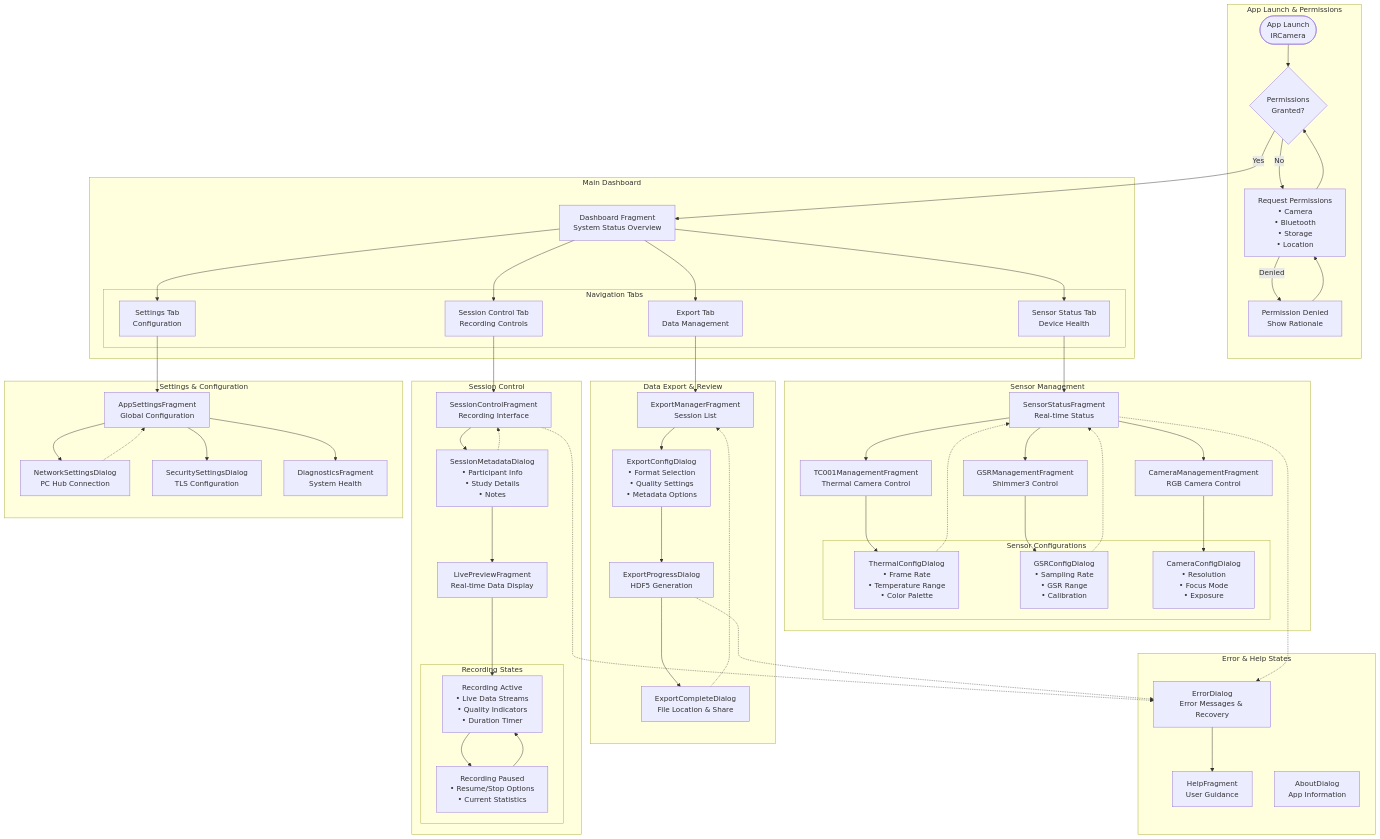
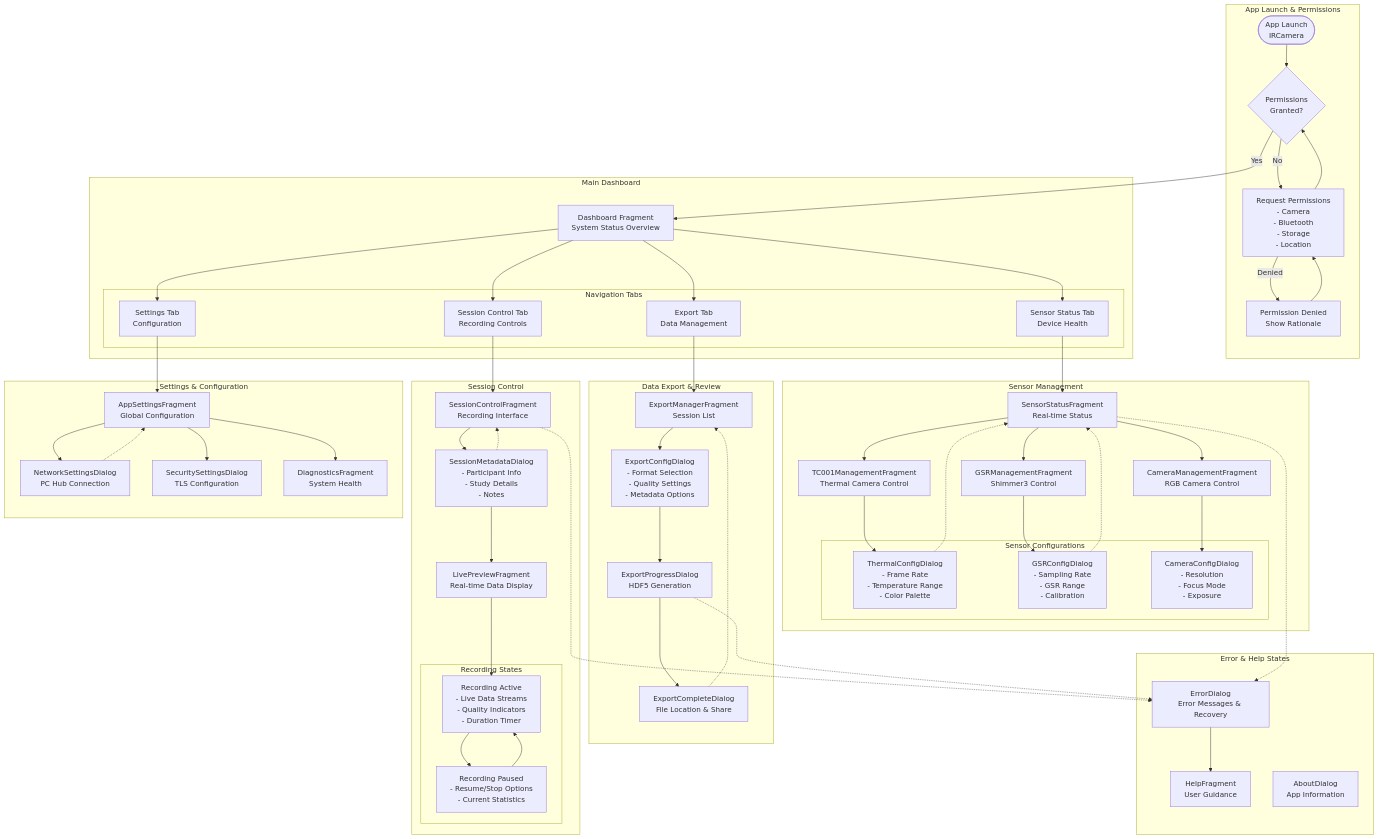
Diagram 18 of 23 in docs/COMPREHENSIVE_ARCHITECTURE_DIAGRAMS.md (uclgsr/IRCamera), drawn with Mermaid before and after one commit. The commit also changed other lines of this file and 1 other file, not shown here.

```diff
--- a/docs/COMPREHENSIVE_ARCHITECTURE_DIAGRAMS.md
+++ b/docs/COMPREHENSIVE_ARCHITECTURE_DIAGRAMS.md
@@ -1880,7 +1880,7 @@
     subgraph "App Launch & Permissions"
         AppStart([App Launch<br/>IRCamera])
         PermissionCheck{Permissions<br/>Granted?}
-        PermissionRequest[Request Permissions<br/>• Camera<br/>• Bluetooth<br/>• Storage<br/>• Location]
+        PermissionRequest[Request Permissions<br/>- Camera<br/>- Bluetooth<br/>- Storage<br/>- Location]
         PermissionDenied[Permission Denied<br/>Show Rationale]
     end
     
@@ -1902,26 +1902,26 @@
         CameraMgmt[CameraManagementFragment<br/>RGB Camera Control]
         
         subgraph "Sensor Configurations"
-            ThermalConfig[ThermalConfigDialog<br/>• Frame Rate<br/>• Temperature Range<br/>• Color Palette]
-            GSRConfig[GSRConfigDialog<br/>• Sampling Rate<br/>• GSR Range<br/>• Calibration]
-            CameraConfig[CameraConfigDialog<br/>• Resolution<br/>• Focus Mode<br/>• Exposure]
+            ThermalConfig[ThermalConfigDialog<br/>- Frame Rate<br/>- Temperature Range<br/>- Color Palette]
+            GSRConfig[GSRConfigDialog<br/>- Sampling Rate<br/>- GSR Range<br/>- Calibration]
+            CameraConfig[CameraConfigDialog<br/>- Resolution<br/>- Focus Mode<br/>- Exposure]
         end
     end
     
     subgraph "Session Control"
         SessionControl[SessionControlFragment<br/>Recording Interface]
-        SessionMetadata[SessionMetadataDialog<br/>• Participant Info<br/>• Study Details<br/>• Notes]
+        SessionMetadata[SessionMetadataDialog<br/>- Participant Info<br/>- Study Details<br/>- Notes]
         LivePreview[LivePreviewFragment<br/>Real-time Data Display]
         
         subgraph "Recording States"
-            RecordingActive[Recording Active<br/>• Live Data Streams<br/>• Quality Indicators<br/>• Duration Timer]
-            RecordingPaused[Recording Paused<br/>• Resume/Stop Options<br/>• Current Statistics]
+            RecordingActive[Recording Active<br/>- Live Data Streams<br/>- Quality Indicators<br/>- Duration Timer]
+            RecordingPaused[Recording Paused<br/>- Resume/Stop Options<br/>- Current Statistics]
         end
     end
     
     subgraph "Data Export & Review"
         ExportManager[ExportManagerFragment<br/>Session List]
-        ExportConfig[ExportConfigDialog<br/>• Format Selection<br/>• Quality Settings<br/>• Metadata Options]
+        ExportConfig[ExportConfigDialog<br/>- Format Selection<br/>- Quality Settings<br/>- Metadata Options]
         ExportProgress[ExportProgressDialog<br/>HDF5 Generation]
         ExportComplete[ExportCompleteDialog<br/>File Location & Share]
     end
```
